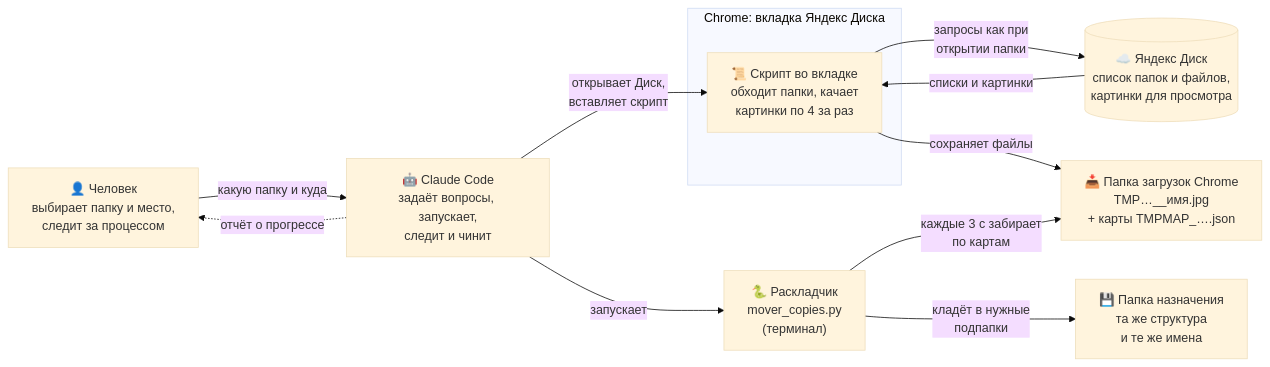
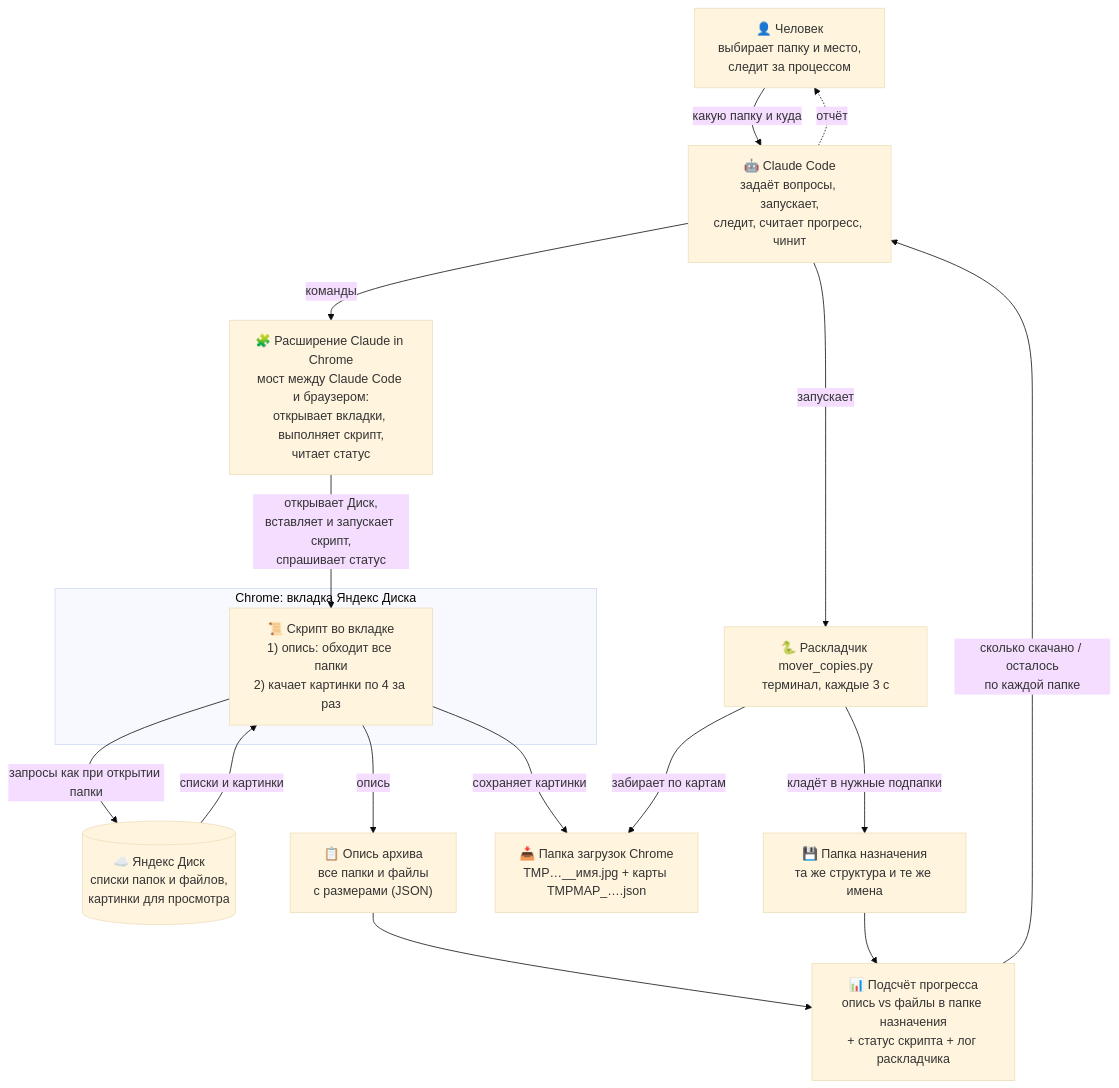
Before and after one commit to kochenevsky/yandex-disk-export: the diagram in README.md, drawn with Mermaid (base theme). The commit also changed other lines of this file, not shown here.

Commit message:
README: diagram with Chrome extension and progress counting

````diff
--- a/README.md
+++ b/README.md
@@ -19,22 +19,30 @@
 ```mermaid
-flowchart LR
+flowchart TD
     U["👤 Человек<br/>выбирает папку и место,<br/>следит за процессом"]
-    C["🤖 Claude Code<br/>задаёт вопросы, запускает,<br/>следит и чинит"]
+    C["🤖 Claude Code<br/>задаёт вопросы, запускает,<br/>следит, считает прогресс, чинит"]
+    E["🧩 Расширение Claude in Chrome<br/>мост между Claude Code и браузером:<br/>открывает вкладки, выполняет скрипт,<br/>читает статус"]
     subgraph CH["Chrome: вкладка Яндекс Диска"]
-        S["📜 Скрипт во вкладке<br/>обходит папки, качает<br/>картинки по 4 за раз"]
+        S["📜 Скрипт во вкладке<br/>1) опись: обходит все папки<br/>2) качает картинки по 4 за раз"]
     end
-    Y[("☁️ Яндекс Диск<br/>список папок и файлов,<br/>картинки для просмотра")]
-    IN["📥 Папка загрузок Chrome<br/>TMP…__имя.jpg<br/>+ карты TMPMAP_….json"]
-    M["🐍 Раскладчик<br/>mover_copies.py<br/>(терминал)"]
-    D["💾 Папка назначения<br/>та же структура<br/>и те же имена"]
+    Y[("☁️ Яндекс Диск<br/>списки папок и файлов,<br/>картинки для просмотра")]
+    MF["📋 Опись архива<br/>все папки и файлы<br/>с размерами (JSON)"]
+    IN["📥 Папка загрузок Chrome<br/>TMP…__имя.jpg + карты TMPMAP_….json"]
+    M["🐍 Раскладчик mover_copies.py<br/>терминал, каждые 3 с"]
+    D["💾 Папка назначения<br/>та же структура и те же имена"]
+    P["📊 Подсчёт прогресса<br/>опись vs файлы в папке назначения<br/>+ статус скрипта + лог раскладчика"]
 
     U -- "какую папку и куда" --> C
-    C -- "открывает Диск,<br/>вставляет скрипт" --> S
+    C -- "команды" --> E
+    E -- "открывает Диск,<br/>вставляет и запускает скрипт,<br/>спрашивает статус" --> S
+    S -- "запросы как при открытии папки" --> Y
+    Y -- "списки и картинки" --> S
+    S -- "опись" --> MF
+    S -- "сохраняет картинки" --> IN
     C -- "запускает" --> M
-    S -- "запросы как при<br/>открытии папки" --> Y
-    Y -- "списки и картинки" --> S
-    S -- "сохраняет файлы" --> IN
-    M -- "каждые 3 с забирает<br/>по картам" --> IN
-    M -- "кладёт в нужные<br/>подпапки" --> D
-    C -. "отчёт о прогрессе" .-> U
+    M -- "забирает по картам" --> IN
+    M -- "кладёт в нужные подпапки" --> D
+    MF --> P
+    D --> P
+    P -- "сколько скачано / осталось<br/>по каждой папке" --> C
+    C -. "отчёт" .-> U
 ```
````
